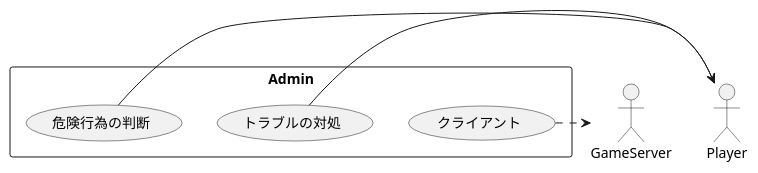
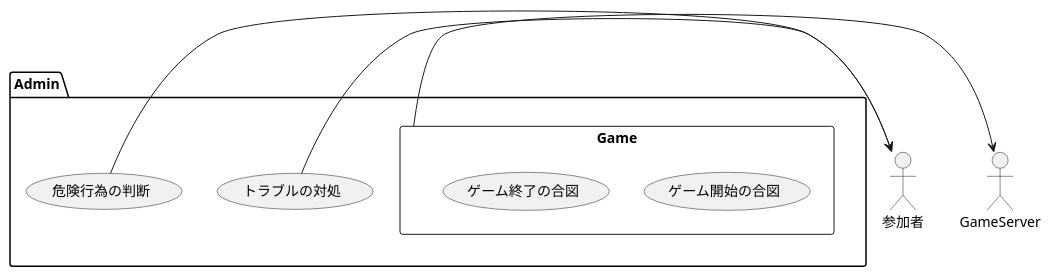
Before and after one commit to H28KoyosaiInfo/Design: the diagram in Admin.pu, drawn with PlantUML. The commit also changed 6 other files, not shown here.

```diff
--- a/Admin.pu
+++ b/Admin.pu
@@ -2,17 +2,23 @@
 @startuml
-  rectangle Admin{
+  package Admin{
     usecase 危険行為の判断
     usecase トラブルの対処
-    usecase クライアント
+    rectangle Game{
+      usecase ゲーム開始の合図
+      usecase ゲーム終了の合図
+    }
+
+
 
 
 
 
 
 
   }
 
-クライアント.>GameServer
-トラブルの対処->Player
-危険行為の判断->Player
+
+トラブルの対処->参加者
+危険行為の判断->参加者
+GameServer<-Game
 @enduml
```
